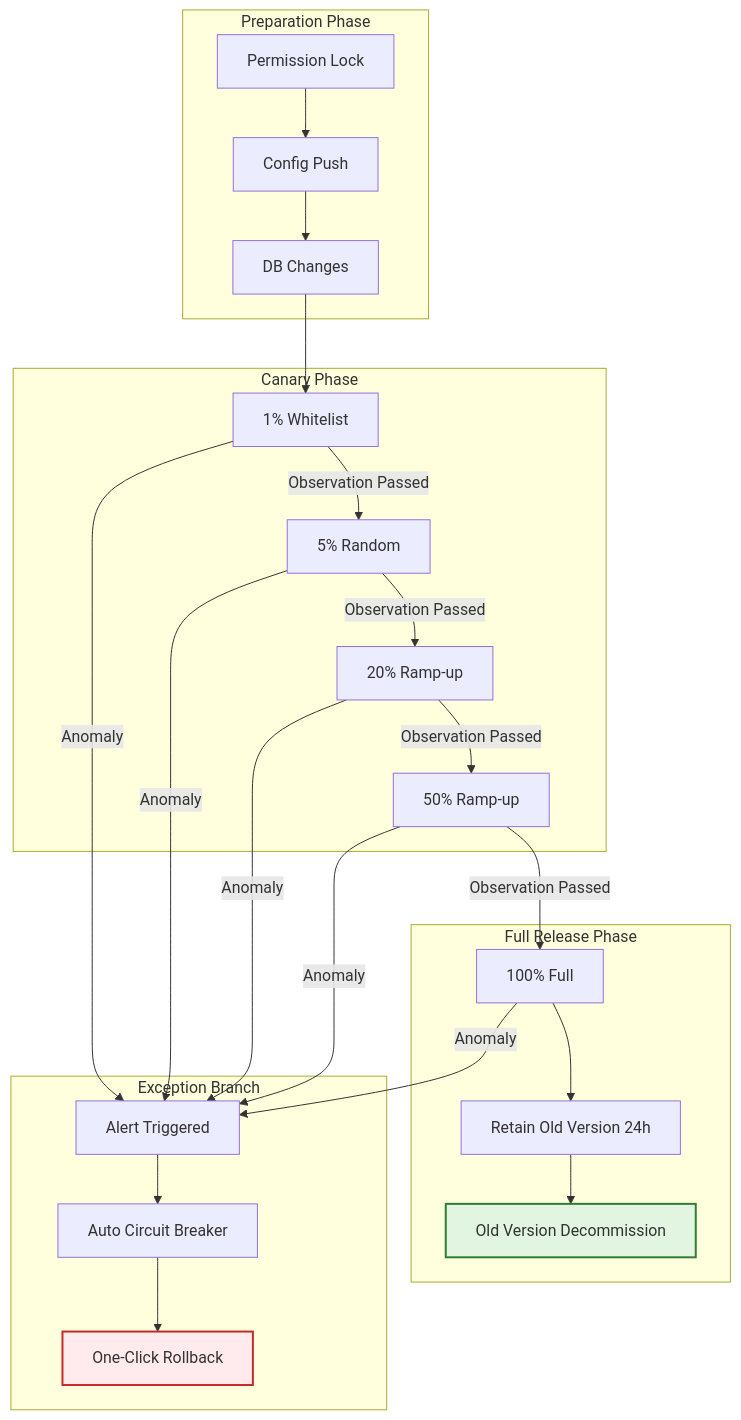
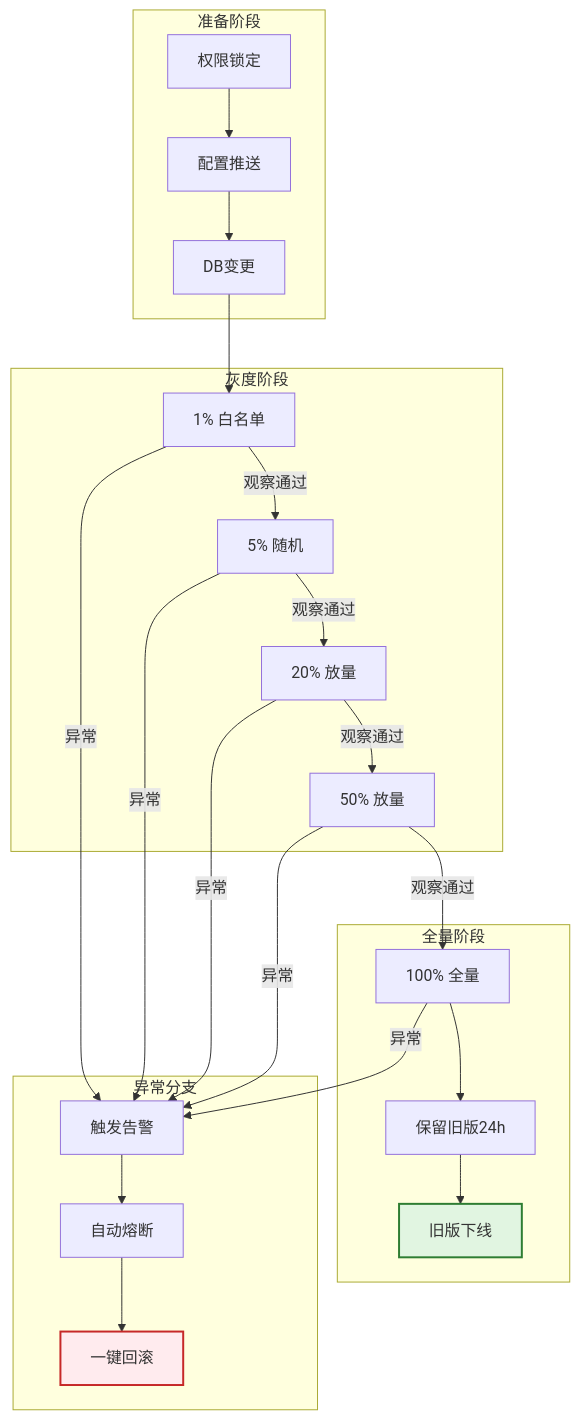
One commit to Kirky-X/cangjie changed the fourth of 8 diagrams in templates/Product/Delivery/Template-Release-Plan.md. Above: the diagram before and after it, drawn with Mermaid. The commit also changed other lines of this file and 33 other files, not shown here.

````diff
--- a/templates/Product/Delivery/Template-Release-Plan.md
+++ b/templates/Product/Delivery/Template-Release-Plan.md
@@ -343,45 +343,45 @@
 ```mermaid
 flowchart TD
-    subgraph Preparation Phase
-        P1[Permission Lock]
-        P2[Config Push]
-        P3[DB Changes]
+    subgraph 准备阶段
+        P1[权限锁定]
+        P2[配置推送]
+        P3[DB变更]
     end
 
-    subgraph Canary Phase
-        G1[1% Whitelist]
-        G2[5% Random]
-        G3[20% Ramp-up]
-        G4[50% Ramp-up]
+    subgraph 灰度阶段
+        G1[1% 白名单]
+        G2[5% 随机]
+        G3[20% 放量]
+        G4[50% 放量]
     end
 
-    subgraph Full Release Phase
-        F1[100% Full]
-        F2[Retain Old Version 24h]
-        F3[Old Version Decommission]
+    subgraph 全量阶段
+        F1[100% 全量]
+        F2[保留旧版24h]
+        F3[旧版下线]
     end
 
-    subgraph Exception Branch
-        E1[Alert Triggered]
-        E2[Auto Circuit Breaker]
-        E3[One-Click Rollback]
+    subgraph 异常分支
+        E1[触发告警]
+        E2[自动熔断]
+        E3[一键回滚]
     end
 
     P1 --> P2 --> P3 --> G1
-    G1 -->|Observation Passed| G2
-    G2 -->|Observation Passed| G3
-    G3 -->|Observation Passed| G4
-    G4 -->|Observation Passed| F1
+    G1 -->|观察通过| G2
+    G2 -->|观察通过| G3
+    G3 -->|观察通过| G4
+    G4 -->|观察通过| F1
     F1 --> F2 --> F3
 
-    G1 -->|Anomaly| E1
-    G2 -->|Anomaly| E1
-    G3 -->|Anomaly| E1
-    G4 -->|Anomaly| E1
-    F1 -->|Anomaly| E1
+    G1 --> |异常| E1
+    G2 --> |异常| E1
+    G3 --> |异常| E1
+    G4 --> |异常| E1
+    F1 --> |异常| E1
     E1 --> E2
     E2 --> E3
 
     style F3 fill:#e1f5e1,stroke:#2e7d32,stroke-width:2px
     style E3 fill:#ffebee,stroke:#c62828,stroke-width:2px
 ```
````
